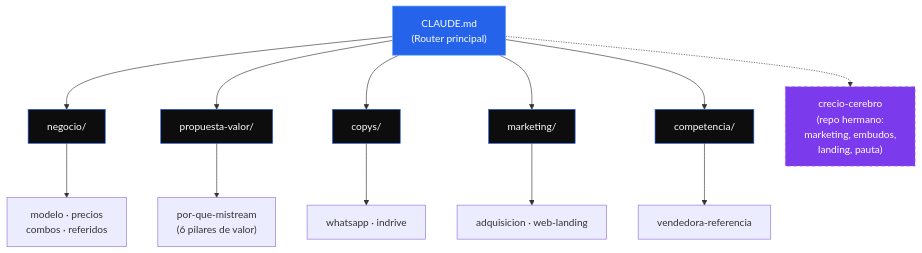
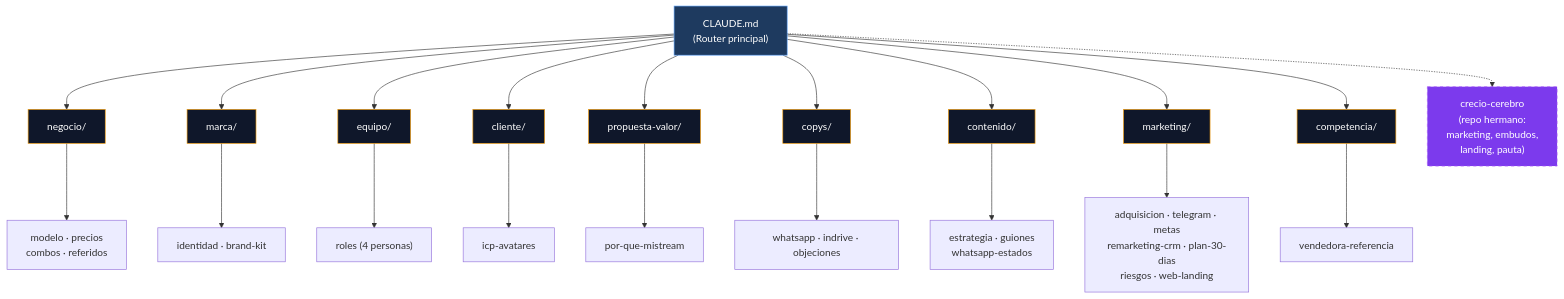
The diagram in README.md (Aragan221/MiStream), drawn with Mermaid before and after one commit. The commit also changed other lines of this file and 16 other files, not shown here.

Commit message:
Consolidar V3 en MiStream: marca, equipo, contenido/guiones, estados WA, metas y CRM; corregir precios, combos y lenguaje legal

````diff
--- a/README.md
+++ b/README.md
@@ -22,23 +23,35 @@
 ```mermaid
 flowchart TD
     A["CLAUDE.md<br/>(Router principal)"] --> B["negocio/"]
+    A --> M["marca/"]
+    A --> EQ["equipo/"]
+    A --> CL["cliente/"]
     A --> C["propuesta-valor/"]
     A --> D["copys/"]
+    A --> CO["contenido/"]
     A --> E["marketing/"]
     A --> F["competencia/"]
     A -.-> G["crecio-cerebro<br/>(repo hermano:<br/>marketing, embudos,<br/>landing, pauta)"]
 
     B --> B1["modelo · precios<br/>combos · referidos"]
-    C --> C1["por-que-mistream<br/>(6 pilares de valor)"]
-    D --> D1["whatsapp · indrive"]
-    E --> E1["adquisicion · web-landing"]
+    M --> M1["identidad · brand-kit"]
+    EQ --> EQ1["roles (4 personas)"]
+    CL --> CL1["icp-avatares"]
+    C --> C1["por-que-mistream"]
+    D --> D1["whatsapp · indrive · objeciones"]
+    CO --> CO1["estrategia · guiones<br/>whatsapp-estados"]
+    E --> E1["adquisicion · telegram · metas<br/>remarketing-crm · plan-30-dias<br/>riesgos · web-landing"]
     F --> F1["vendedora-referencia"]
 
-    style A fill:#2563EB,stroke:#60A5FA,color:#fff
+    style A fill:#1E3A5F,stroke:#60A5FA,color:#fff
     style G fill:#7C3AED,stroke:#A855F7,color:#fff,stroke-dasharray: 5 5
-    style B fill:#0D0D0D,stroke:#2563EB,color:#fff
-    style C fill:#0D0D0D,stroke:#2563EB,color:#fff
-    style D fill:#0D0D0D,stroke:#2563EB,color:#fff
-    style E fill:#0D0D0D,stroke:#2563EB,color:#fff
-    style F fill:#0D0D0D,stroke:#2563EB,color:#fff
+    style B fill:#0F172A,stroke:#F59E0B,color:#fff
+    style M fill:#0F172A,stroke:#F59E0B,color:#fff
+    style EQ fill:#0F172A,stroke:#F59E0B,color:#fff
+    style CL fill:#0F172A,stroke:#F59E0B,color:#fff
+    style C fill:#0F172A,stroke:#F59E0B,color:#fff
+    style D fill:#0F172A,stroke:#F59E0B,color:#fff
+    style CO fill:#0F172A,stroke:#F59E0B,color:#fff
+    style E fill:#0F172A,stroke:#F59E0B,color:#fff
+    style F fill:#0F172A,stroke:#F59E0B,color:#fff
 ```
````
